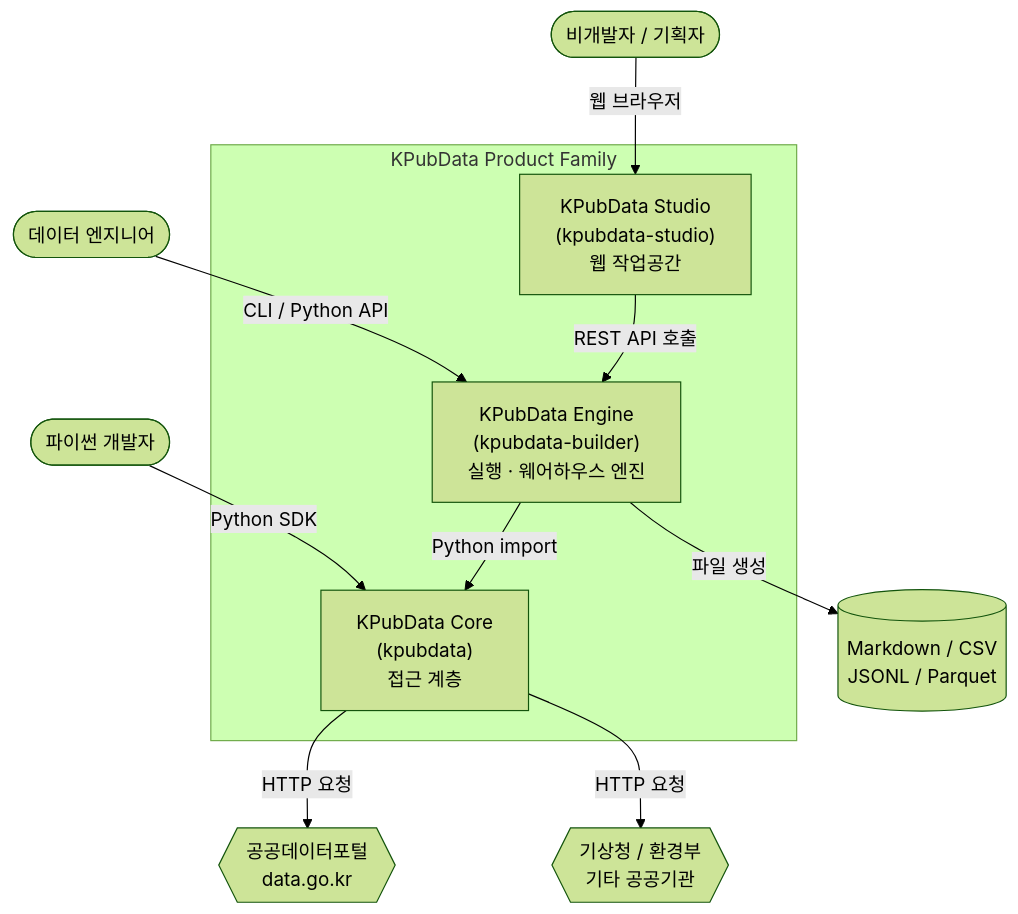
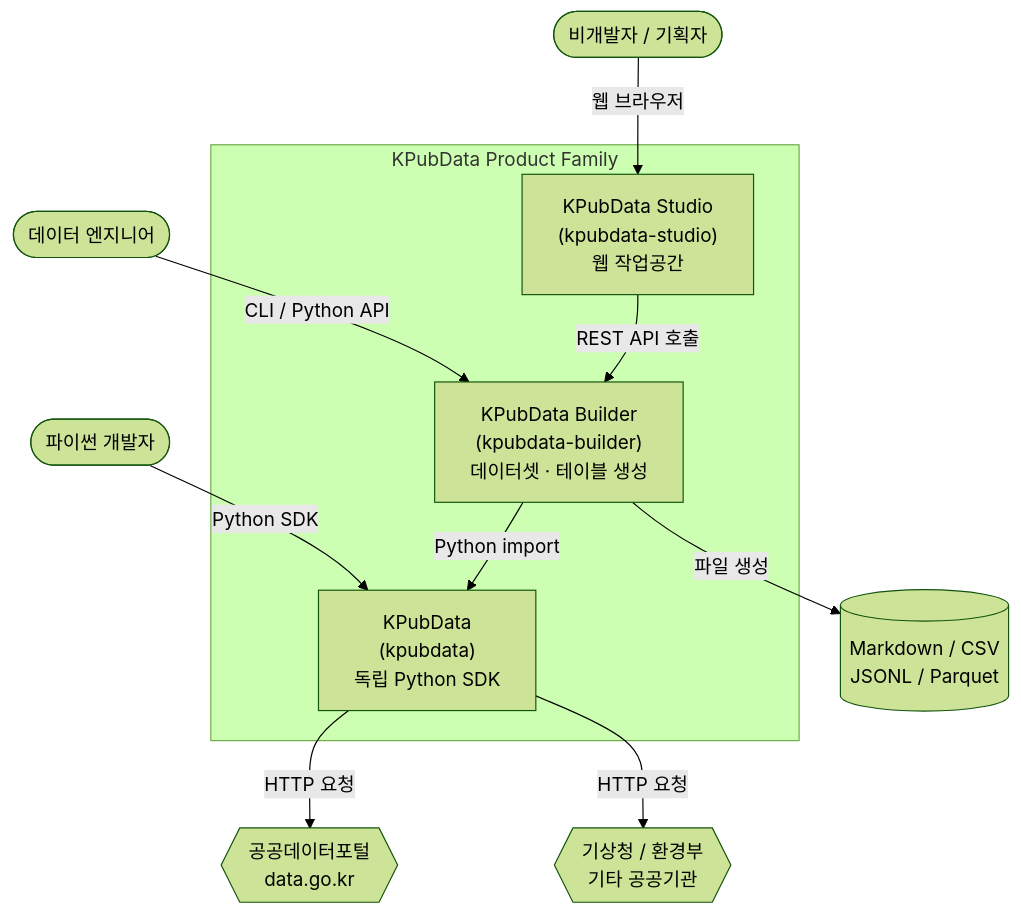
The first of 3 diagrams in docs/product-family-architecture.md (kpubdata-lab/kpubdata), drawn with Mermaid (forest theme) before and after one commit. The commit also changed other lines of this file and 6 other files, not shown here.

First line of the commit message:
docs: describe KPubData as a standalone SDK with Builder and Studio as related projects (#669)

````diff
--- a/docs/product-family-architecture.md
+++ b/docs/product-family-architecture.md
@@ -47,19 +47,19 @@
 ```mermaid
 graph TD
     U1([비개발자 / 기획자]) -->|웹 브라우저| Studio
     U2([데이터 엔지니어]) -->|CLI / Python API| Builder
-    U3([파이썬 개발자]) -->|Python SDK| Core
+    U3([파이썬 개발자]) -->|Python SDK| KPubData
 
     subgraph "KPubData Product Family"
         Studio["KPubData Studio<br/>(kpubdata-studio)<br/>웹 작업공간"]
-        Builder["KPubData Engine<br/>(kpubdata-builder)<br/>실행 · 웨어하우스 엔진"]
-        Core["KPubData Core<br/>(kpubdata)<br/>접근 계층"]
+        Builder["KPubData Builder<br/>(kpubdata-builder)<br/>데이터셋 · 테이블 생성"]
+        KPubData["KPubData<br/>(kpubdata)<br/>독립 Python SDK"]
     end
 
     Studio -->|"REST API 호출"| Builder
-    Builder -->|"Python import"| Core
-    Core -->|"HTTP 요청"| API1{{공공데이터포털<br/>data.go.kr}}
-    Core -->|"HTTP 요청"| API2{{기상청 / 환경부<br/>기타 공공기관}}
+    Builder -->|"Python import"| KPubData
+    KPubData -->|"HTTP 요청"| API1{{공공데이터포털<br/>data.go.kr}}
+    KPubData -->|"HTTP 요청"| API2{{기상청 / 환경부<br/>기타 공공기관}}
 
     Builder -->|"파일 생성"| Output[(Markdown / CSV<br/>JSONL / Parquet)]
 ```
````
